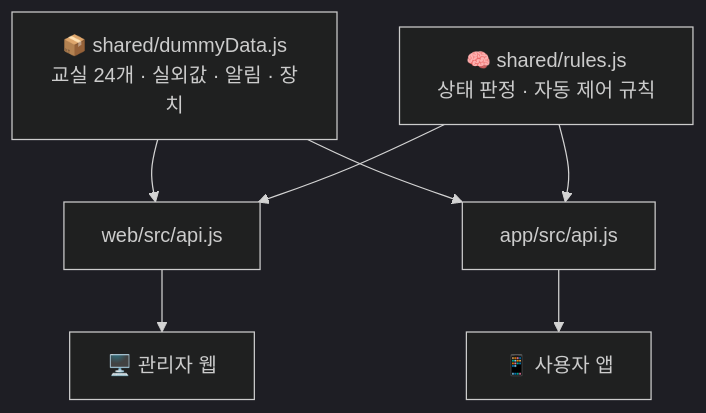
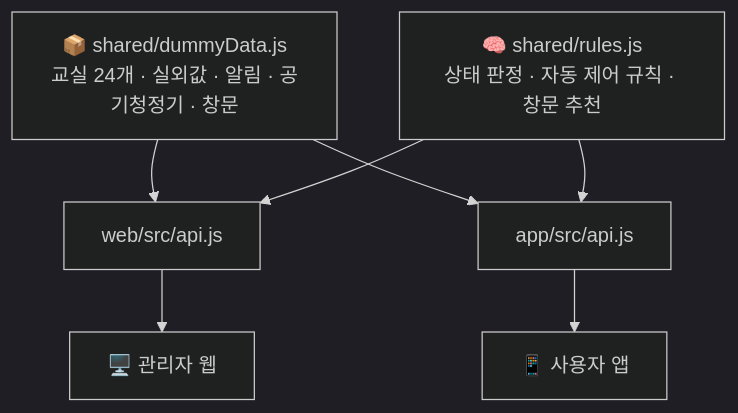
Before and after one commit to chanyoungjoo/IoT-Term-Project: the second of 4 diagrams in README.md, drawn with Mermaid (dark theme). The commit also changed other lines of this file and 1 other file, not shown here.

````diff
--- a/README.md
+++ b/README.md
@@ -106,11 +111,11 @@
 ```mermaid
 flowchart TB
-    D["📦 shared/dummyData.js<br/>교실 24개 · 실외값 · 알림 · 장치"]
-    R["🧠 shared/rules.js<br/>상태 판정 · 자동 제어 규칙"]
+    D["📦 shared/dummyData.js<br/>교실 24개 · 실외값 · 알림 · 공기청정기 · 창문"]
+    R["🧠 shared/rules.js<br/>상태 판정 · 자동 제어 규칙 · 창문 추천"]
     D --> WA["web/src/api.js"]
     R --> WA
     D --> AA["app/src/api.js"]
     R --> AA
     WA --> W["🖥️ 관리자 웹"]
     AA --> A["📱 사용자 앱"]
 ```
````
